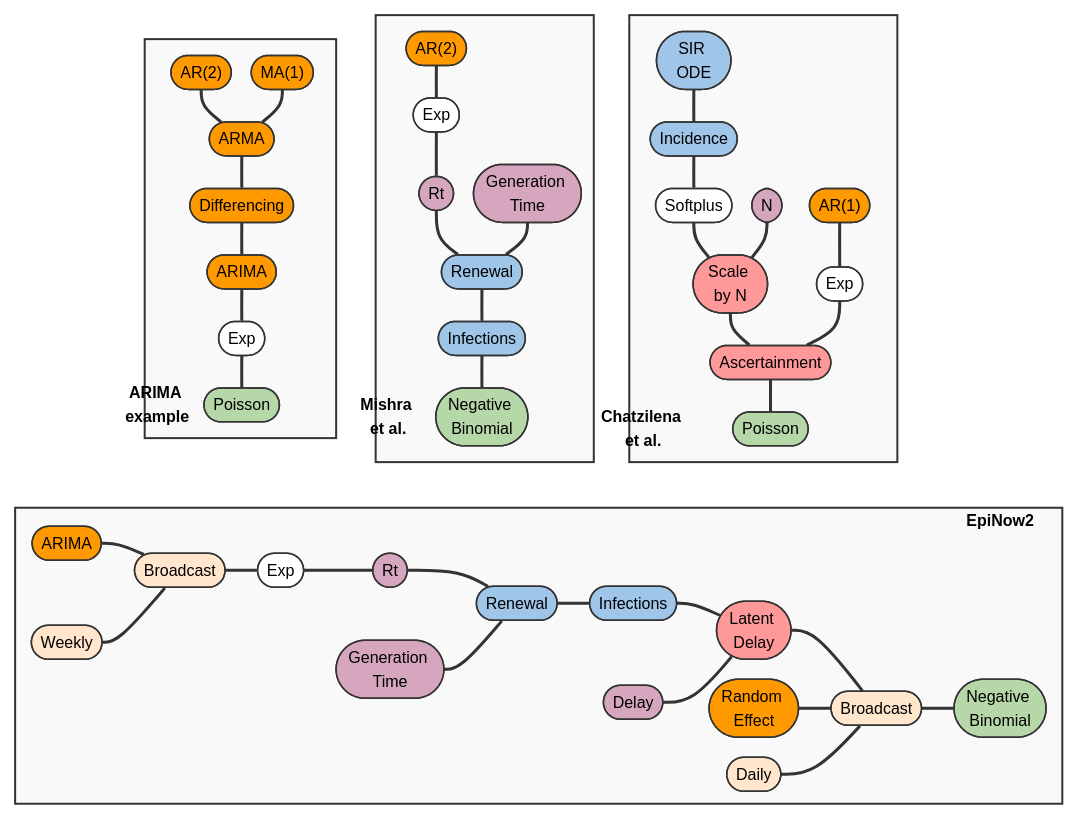
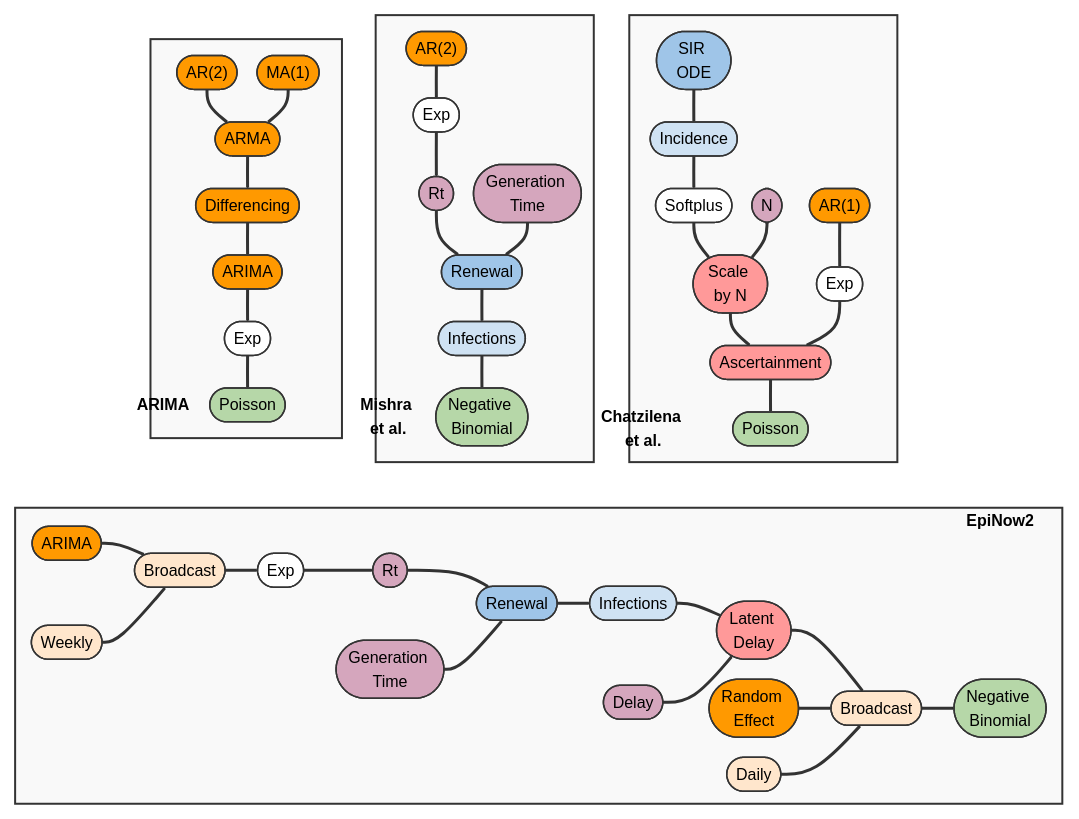
The diagram in figures/fig-case-studies.qmd (EpiAware/PrototypeCompositionalProbablisticInfectiousDiseaseModelling), drawn with Mermaid before and after one commit. The commit also changed 4 other files, not shown here.

First line of the commit message:
Strengthen ARIMA-to-epidemiology connection and fix figure colours

```diff
--- a/figures/fig-case-studies.qmd
+++ b/figures/fig-case-studies.qmd
@@ -10,6 +10,7 @@
 flowchart LR
     %% Class definitions
     classDef infection fill:#9fc5e8,stroke:#333,stroke-width:6px,color:black,padding:20px
+    classDef latentInfection fill:#cfe2f3,stroke:#333,stroke-width:6px,color:black,padding:20px
     classDef statistical fill:#ff9900,stroke:#333,stroke-width:6px,color:black,padding:20px
     classDef epiLatent fill:#d5a6bd,stroke:#333,stroke-width:6px,color:black,padding:20px
     classDef observationModifier fill:#ff9999,stroke:#333,stroke-width:6px,color:black,padding:20px
@@ -34,7 +35,7 @@
             C_Rt(["Rt"]):::epiLatent
             C_GT(["Generation Time"]):::epiLatent
             C_Renewal(["Renewal"]):::infection
-            C_Infections(["Infections"]):::infection
+            C_Infections(["Infections"]):::latentInfection
             C_Delay(["Delay"]):::epiLatent
             C_LatentDelay(["Latent Delay"]):::observationModifier
             C_RE(["Random Effect"]):::statistical
@@ -66,7 +67,7 @@
             D_Title(["Chatzilena et al."]):::title
             direction TB
             D_SIR(["SIR ODE"]):::infection
-            D_Incidence(["Incidence"]):::infection
+            D_Incidence(["Incidence"]):::latentInfection
             D_N(["N"]):::epiLatent
             D_Softplus(["Softplus"]):::transform
             D_ScaleN(["Scale by N"]):::observationModifier
@@ -93,7 +94,7 @@
             B_Rt(["Rt"]):::epiLatent
             B_GT(["Generation Time"]):::epiLatent
             B_Renewal(["Renewal"]):::infection
-            B_Infections(["Infections"]):::infection
+            B_Infections(["Infections"]):::latentInfection
             B_Obs(["Negative Binomial"]):::observation
 
             B_AR ==> B_Exp
@@ -105,7 +106,7 @@
         end
 
         subgraph A[" "]
-            A_Title(["ARIMA example"]):::title
+            A_Title(["ARIMA"]):::title
             direction TB
             A_AR(["AR(2)"]):::statistical
             A_MA(["MA(1)"]):::statistical
```
